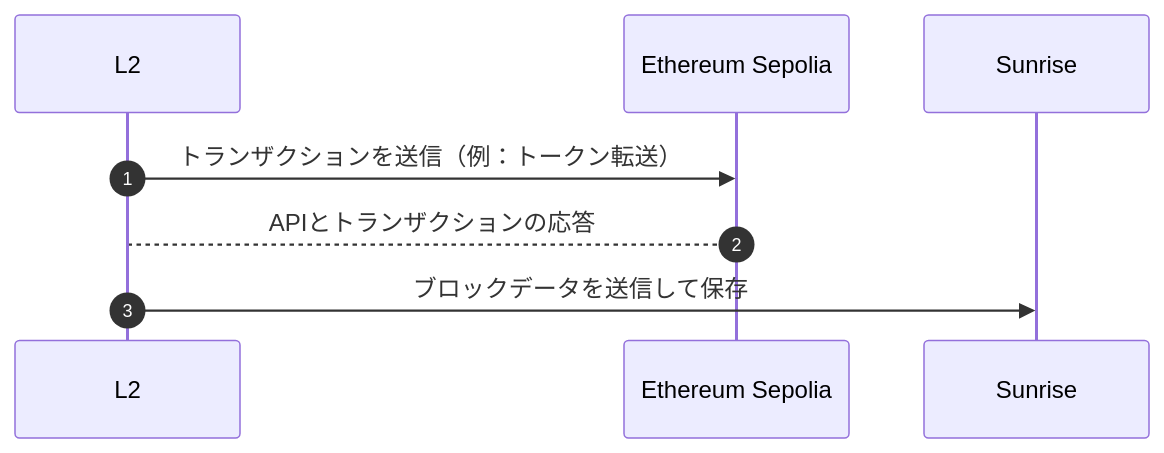
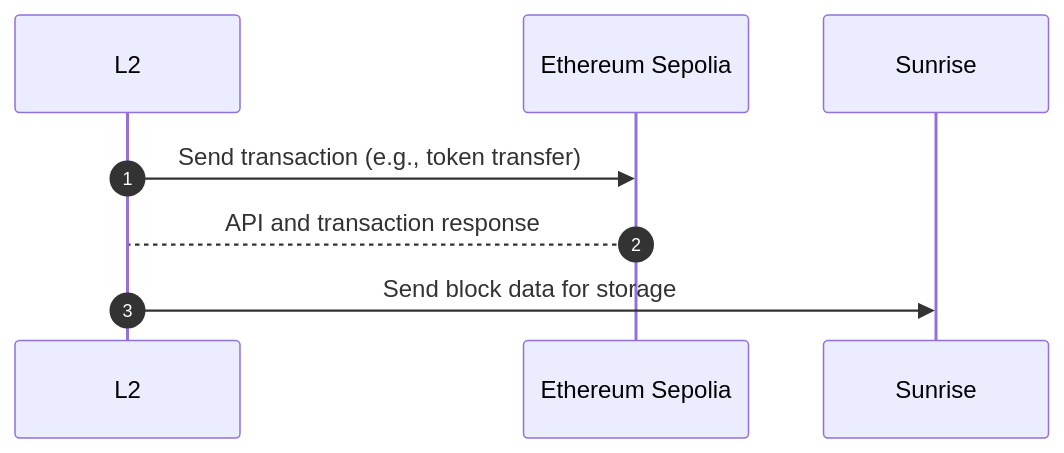
One commit to sunriselayer/gitbook changed the diagram in ja/build/l2-blockchains/optimism/op-stack.md. Above: the diagram before and after it, drawn with Mermaid. The commit also changed 19 other files, not shown here.

````diff
--- a/ja/build/l2-blockchains/optimism/op-stack.md
+++ b/ja/build/l2-blockchains/optimism/op-stack.md
@@ -14,7 +14,7 @@
 ```mermaid
 sequenceDiagram
    autonumber
-   L2 ->> Ethereum Sepolia: トランザクションを送信（例：トークン転送）
-   Ethereum Sepolia --> L2: APIとトランザクションの応答
-   L2 ->> Sunrise: ブロックデータを送信して保存
+   L2 ->> Ethereum Sepolia: Send transaction (e.g., token transfer)
+   Ethereum Sepolia --> L2: API and transaction response
+   L2 ->> Sunrise: Send block data for storage
 ```
````
